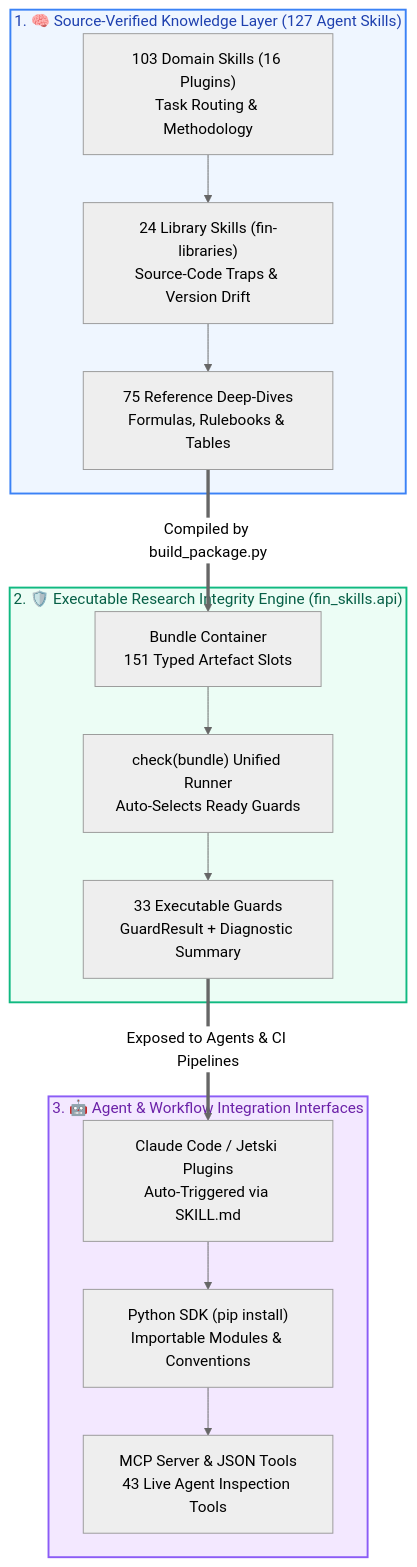
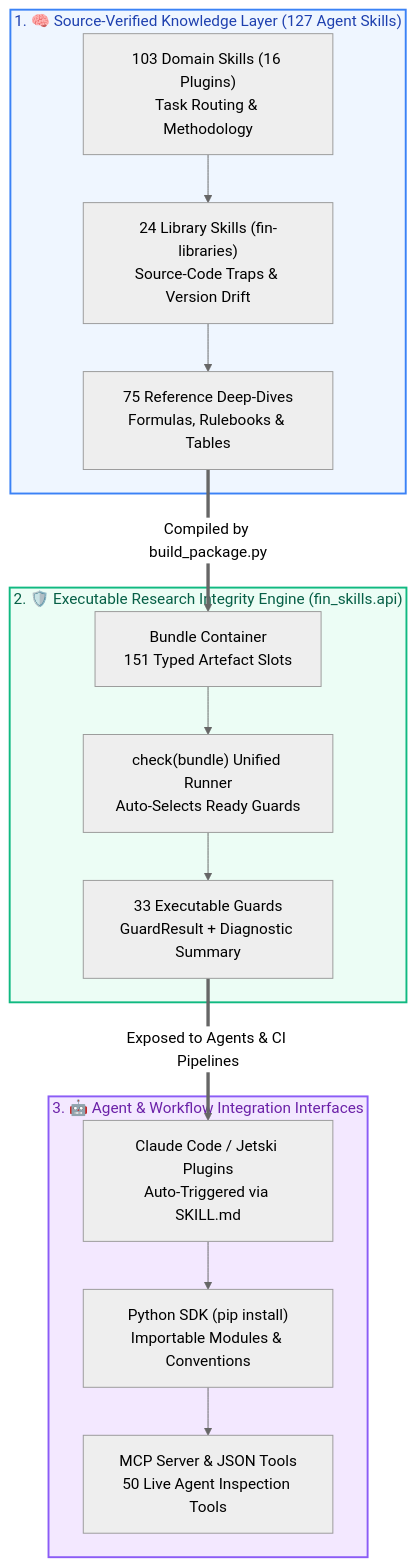
One commit to howard-lynn-ye/fin-skills changed the diagram in README.md. Above: the diagram before and after it, drawn with Mermaid (neutral theme). The commit also changed other lines of this file and 58 other files, not shown here.

````diff
--- a/README.md
+++ b/README.md
@@ -40,21 +42,21 @@
 ```mermaid
 flowchart TD
     subgraph TIER1 ["1. 🧠 Source-Verified Knowledge Layer (127 Agent Skills)"]
         D1["103 Domain Skills (16 Plugins)<br/>Task Routing & Methodology"] --> D2["24 Library Skills (fin-libraries)<br/>Source-Code Traps & Version Drift"] --> D3["75 Reference Deep-Dives<br/>Formulas, Rulebooks & Tables"]
     end
 
     subgraph TIER2 ["2. 🛡️ Executable Research Integrity Engine (fin_skills.api)"]
         E1["Bundle Container<br/>151 Typed Artefact Slots"] --> E2["check(bundle) Unified Runner<br/>Auto-Selects Ready Guards"] --> E3["33 Executable Guards<br/>GuardResult + Diagnostic Summary"]
     end
 
     subgraph TIER3 ["3. 🤖 Agent & Workflow Integration Interfaces"]
-        I1["Claude Code / Jetski Plugins<br/>Auto-Triggered via SKILL.md"] --> I2["Python SDK (pip install)<br/>Importable Modules & Conventions"] --> I3["MCP Server & JSON Tools<br/>43 Live Agent Inspection Tools"]
+        I1["Claude Code / Jetski Plugins<br/>Auto-Triggered via SKILL.md"] --> I2["Python SDK (pip install)<br/>Importable Modules & Conventions"] --> I3["MCP Server & JSON Tools<br/>50 Live Agent Inspection Tools"]
     end
 
     D3 ==>|Compiled by build_package.py| E1
     E3 ==>|Exposed to Agents & CI Pipelines| I1
 
     style TIER1 fill:#eff6ff,stroke:#3b82f6,stroke-width:2px,color:#1e40af
     style TIER2 fill:#ecfdf5,stroke:#10b981,stroke-width:2px,color:#065f46
     style TIER3 fill:#f3e8ff,stroke:#8b5cf6,stroke-width:2px,color:#6b21a8
 ```
````
